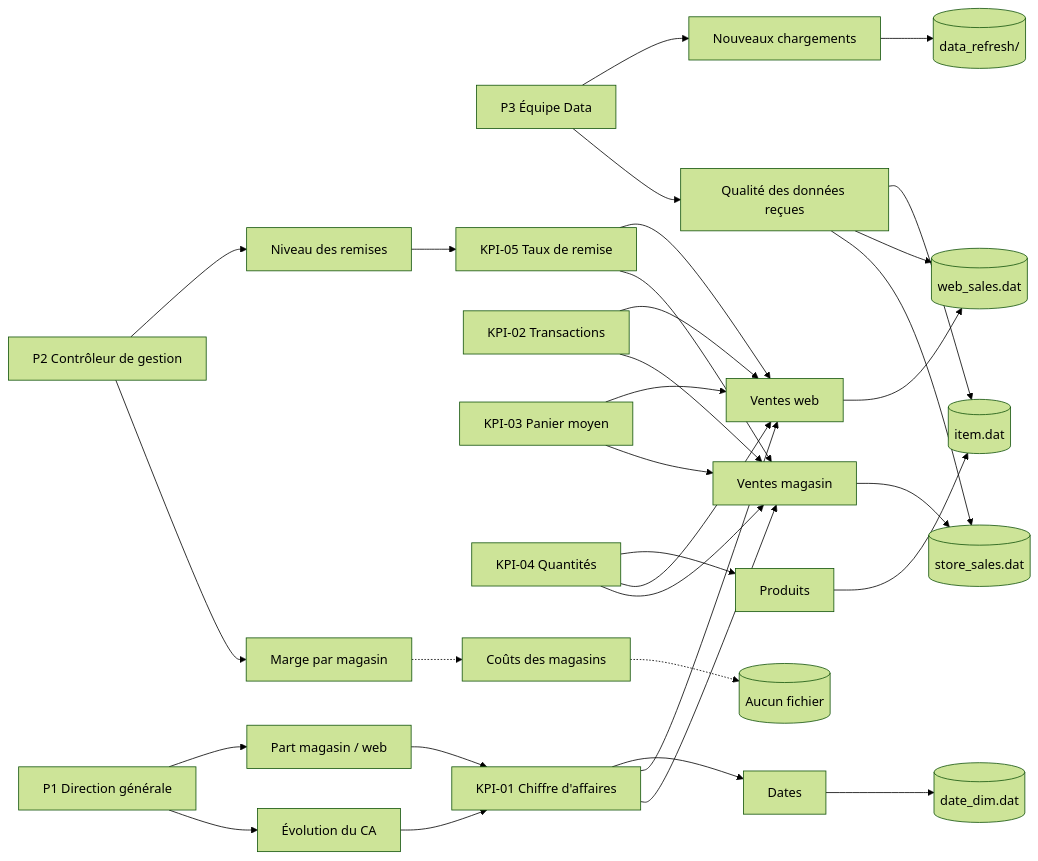
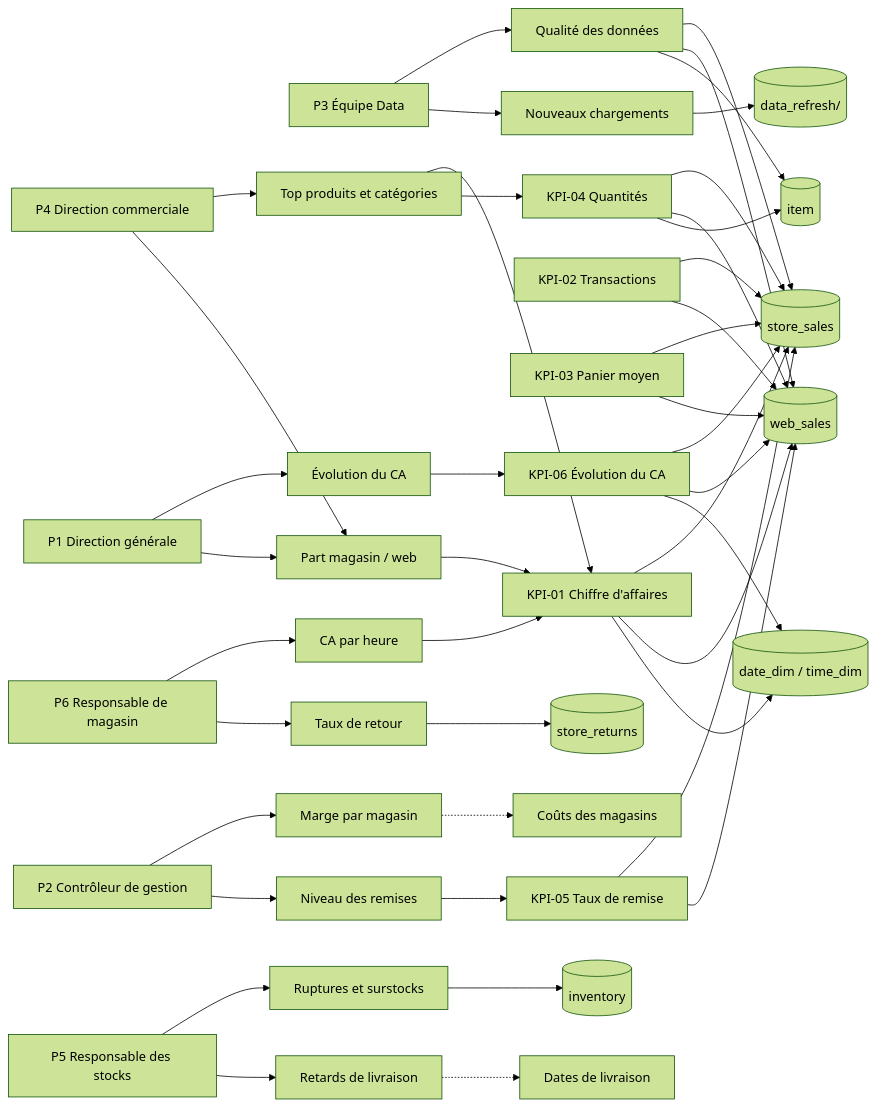
Before and after one commit to NoahBELLO/J1_Retail_Intelligence: the diagram in 01_UC01_besoin_exploration/UC01_schema_fonctionnel.md, drawn with Mermaid (forest theme). The commit also changed other lines of this file and 12 other files, not shown here.

First line of the commit message:
Refactor documentation and scripts for data exploration and architecture

````diff
--- a/01_UC01_besoin_exploration/UC01_schema_fonctionnel.md
+++ b/01_UC01_besoin_exploration/UC01_schema_fonctionnel.md
@@ -7,56 +7,64 @@
 ```mermaid
 flowchart LR
     P1[P1 Direction générale]
     P2[P2 Contrôleur de gestion]
     P3[P3 Équipe Data]
+    P4[P4 Direction commerciale]
+    P5[P5 Responsable des stocks]
+    P6[P6 Responsable de magasin]
 
     Q1[Évolution du CA]
     Q2[Part magasin / web]
     Q3[Marge par magasin]
     Q4[Niveau des remises]
-    Q5[Qualité des données reçues]
+    Q5[Qualité des données]
     Q6[Nouveaux chargements]
+    Q7[Top produits et catégories]
+    Q8[Ruptures et surstocks]
+    Q9[Retards de livraison]
+    Q10[CA par heure]
+    Q11[Taux de retour]
 
     K1[KPI-01 Chiffre d'affaires]
     K2[KPI-02 Transactions]
     K3[KPI-03 Panier moyen]
     K4[KPI-04 Quantités]
     K5[KPI-05 Taux de remise]
+    K6[KPI-06 Évolution du CA]
 
-    D1[Ventes magasin]
-    D2[Ventes web]
-    D3[Produits]
-    D4[Dates]
-    D5[Coûts des magasins]
-
-    F1[(store_sales.dat)]
-    F2[(web_sales.dat)]
-    F3[(item.dat)]
-    F4[(date_dim.dat)]
-    F5[(data_refresh/)]
-    F6[(Aucun fichier)]
+    D1[(store_sales)]
+    D2[(web_sales)]
+    D3[(item)]
+    D4[(date_dim / time_dim)]
+    D5[(inventory)]
+    D6[(store_returns)]
+    D7[(data_refresh/)]
+    X1[Coûts des magasins]
+    X2[Dates de livraison]
 
     P1 --> Q1 & Q2
     P2 --> Q3 & Q4
     P3 --> Q5 & Q6
+    P4 --> Q7 & Q2
+    P5 --> Q8 & Q9
+    P6 --> Q10 & Q11
 
-    Q1 --> K1
+    Q1 --> K6
     Q2 --> K1
     Q4 --> K5
-    Q3 -.-> D5
+    Q7 --> K1 & K4
+    Q10 --> K1
+    Q3 -.-> X1
+    Q9 -.-> X2
+    Q8 --> D5
+    Q11 --> D6
+    Q5 --> D1 & D2 & D3
+    Q6 --> D7
 
     K1 --> D1 & D2 & D4
     K2 --> D1 & D2
     K3 --> D1 & D2
     K4 --> D1 & D2 & D3
     K5 --> D1 & D2
-
-    Q5 --> F1 & F2 & F3
-    Q6 --> F5
-
-    D1 --> F1
-    D2 --> F2
-    D3 --> F3
-    D4 --> F4
-    D5 -.-> F6
+    K6 --> D1 & D2 & D4
 ```
````
